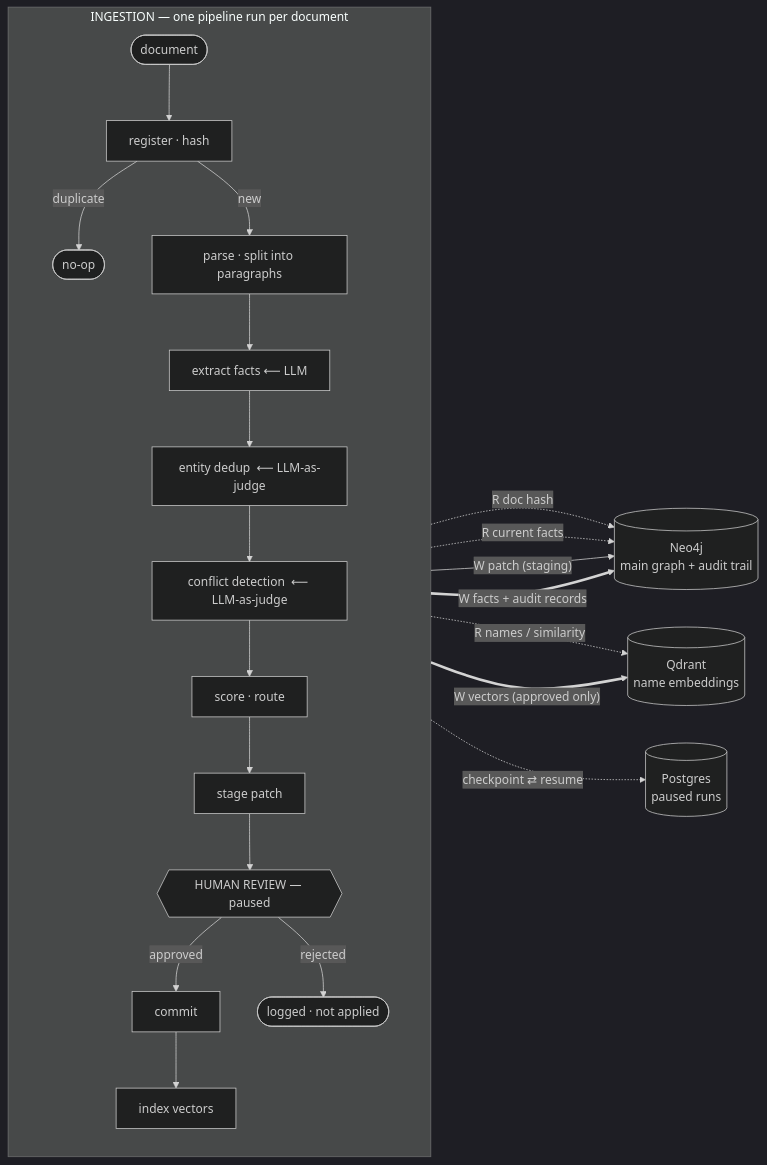
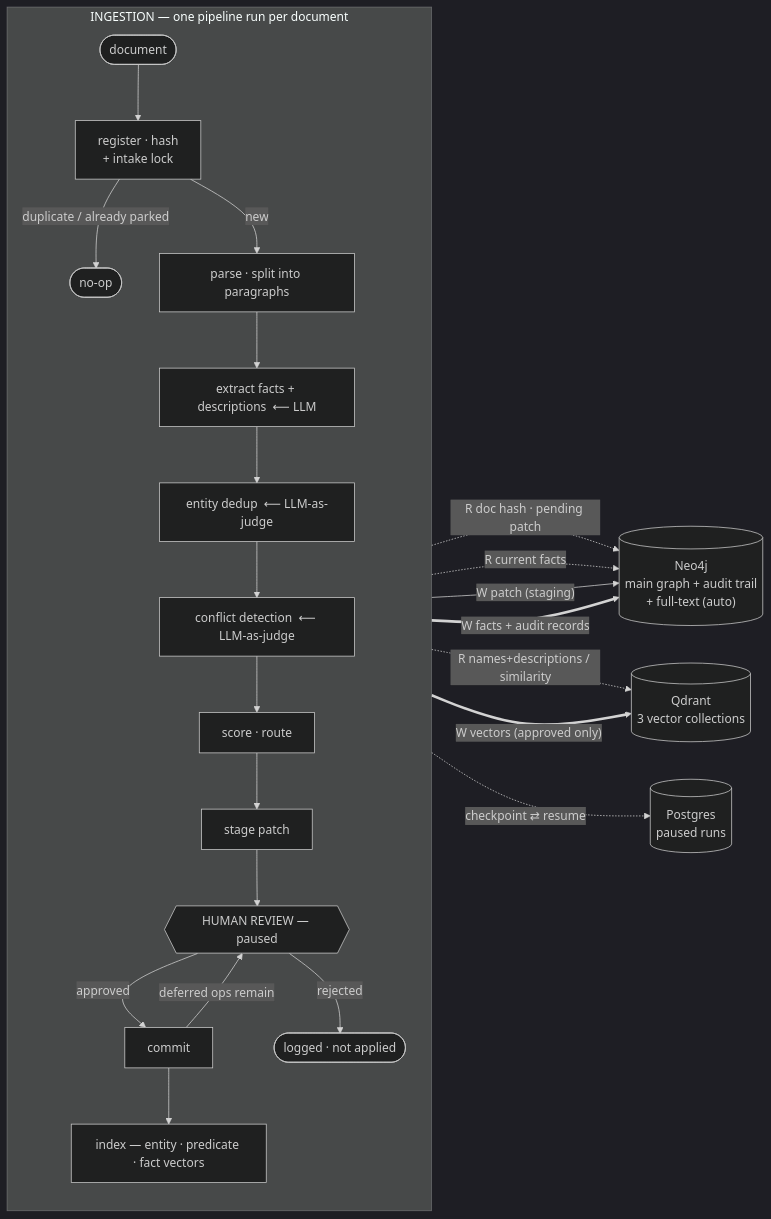
The fifth of 7 diagrams in docs/lifecycle.md (clsanc195/ks_ingestion_inference), drawn with Mermaid (dark theme) before and after one commit. The commit also changed other lines of this file and 5 other files, not shown here.

````diff
--- a/docs/lifecycle.md
+++ b/docs/lifecycle.md
@@ -176,29 +206,30 @@
 ```mermaid
 flowchart LR
   subgraph ING["INGESTION — one pipeline run per document"]
     direction TB
-    DOC([document]) --> REG["register · hash"]
-    REG -->|duplicate| NOOP([no-op])
+    DOC([document]) --> REG["register · hash<br/>+ intake lock"]
+    REG -->|"duplicate / already parked"| NOOP([no-op])
     REG -->|new| PRS["parse · split into paragraphs"]
-    PRS --> EXT["extract facts  ⟵ LLM"]
+    PRS --> EXT["extract facts + descriptions  ⟵ LLM"]
     EXT --> RSV["entity dedup  ⟵ LLM-as-judge"]
     RSV --> COR["conflict detection  ⟵ LLM-as-judge"]
     COR --> SCR["score · route"]
     SCR --> STG["stage patch"]
     STG --> GATE{{"HUMAN REVIEW — paused"}}
     GATE -->|approved| CMT["commit"]
     GATE -->|rejected| REJ(["logged · not applied"])
-    CMT --> IDX["index vectors"]
+    CMT -->|"deferred ops remain"| GATE
+    CMT --> IDX["index — entity · predicate · fact vectors"]
   end
-  NEO[("Neo4j<br/>main graph + audit trail")]
-  QDR[("Qdrant<br/>name embeddings")]
+  NEO[("Neo4j<br/>main graph + audit trail<br/>+ full-text (auto)")]
+  QDR[("Qdrant<br/>3 vector collections")]
   PG[("Postgres<br/>paused runs")]
 
-  REG -. "R doc hash" .-> NEO
-  RSV -. "R names / similarity" .-> QDR
+  REG -. "R doc hash · pending patch" .-> NEO
+  RSV -. "R names+descriptions / similarity" .-> QDR
   COR -. "R current facts" .-> NEO
   STG -- "W patch (staging)" --> NEO
   GATE -. "checkpoint ⇄ resume" .-> PG
   CMT == "W facts + audit records" ==> NEO
   IDX == "W vectors (approved only)" ==> QDR
 ```
````
